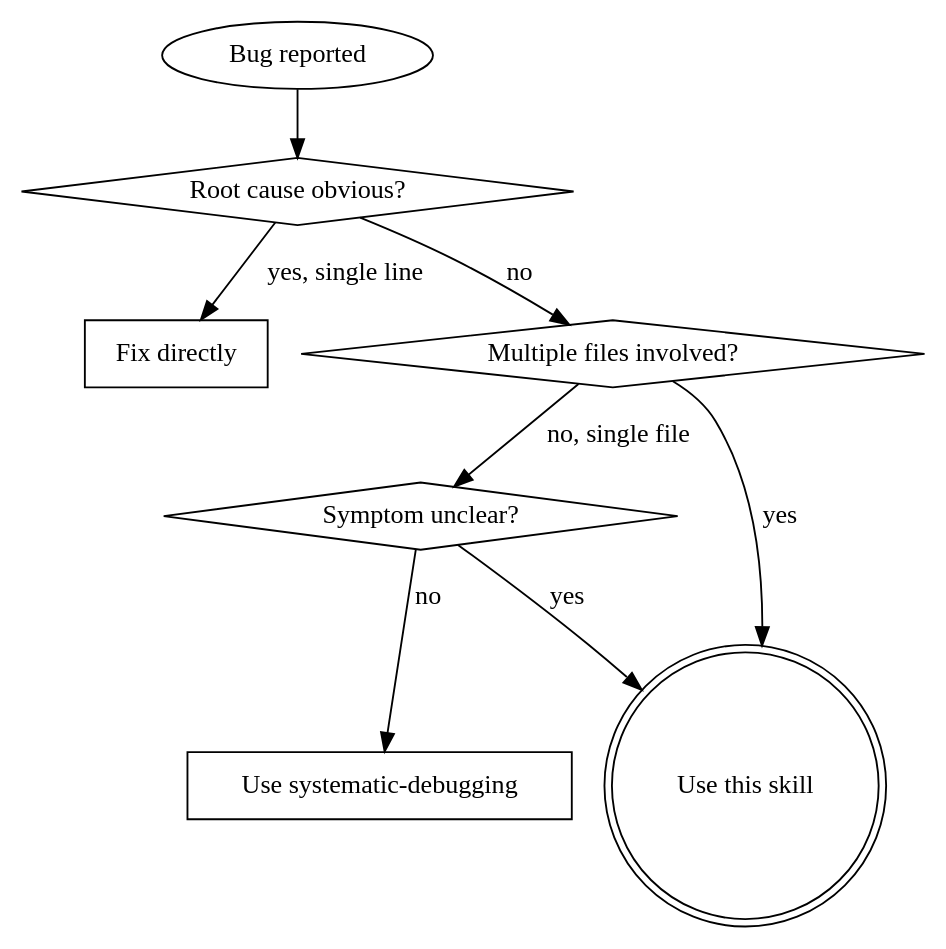
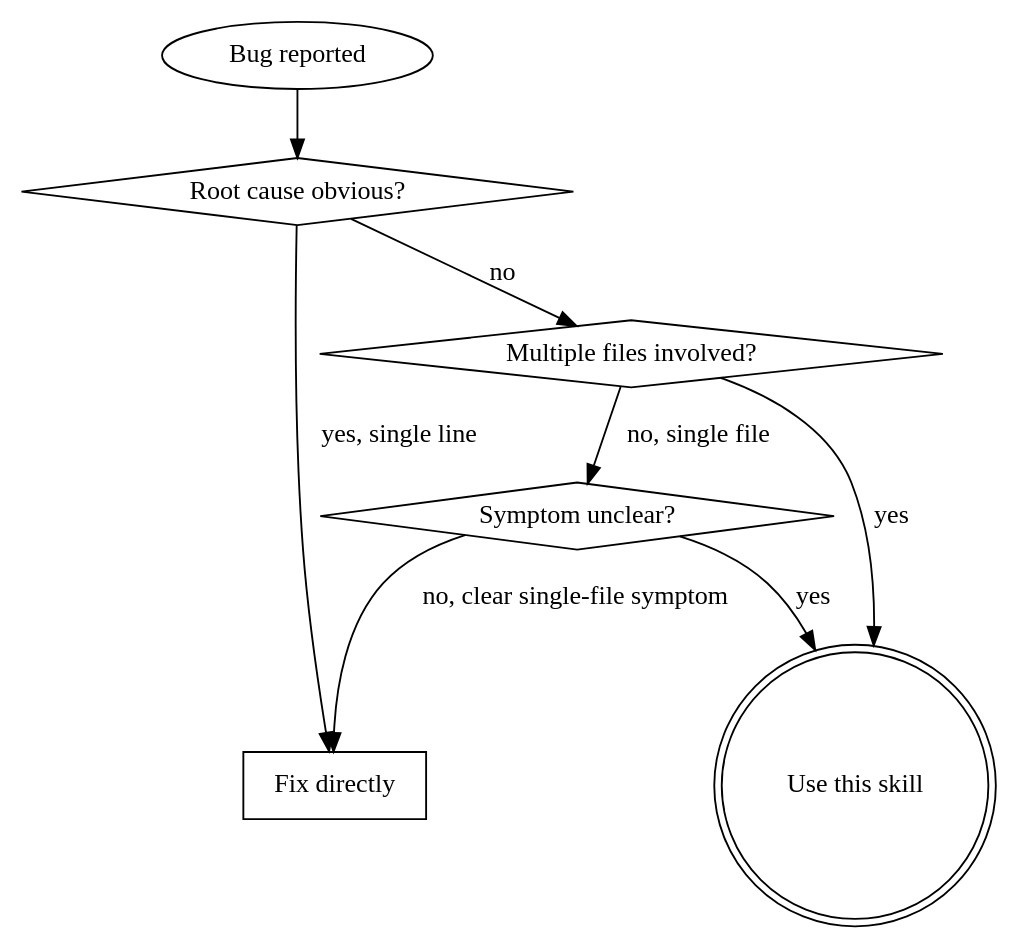
Before and after one commit to scotthamilton77/agents-config: the first of 2 diagrams in src/user/.agents/skills/bugfix/SKILL.md, drawn with Graphviz. The commit also changed other lines of this file and 15 other files, not shown here.

````diff
--- a/src/user/.agents/skills/bugfix/SKILL.md
+++ b/src/user/.agents/skills/bugfix/SKILL.md
@@ -17,19 +17,17 @@
 ```dot
 digraph when_to_use {
     "Bug reported" [shape=ellipse];
     "Root cause obvious?" [shape=diamond];
     "Fix directly" [shape=box];
     "Multiple files involved?" [shape=diamond];
     "Symptom unclear?" [shape=diamond];
     "Use this skill" [shape=doublecircle];
-    "Use systematic-debugging" [shape=box];
-
     "Bug reported" -> "Root cause obvious?";
     "Root cause obvious?" -> "Fix directly" [label="yes, single line"];
     "Root cause obvious?" -> "Multiple files involved?" [label="no"];
     "Multiple files involved?" -> "Use this skill" [label="yes"];
     "Multiple files involved?" -> "Symptom unclear?" [label="no, single file"];
     "Symptom unclear?" -> "Use this skill" [label="yes"];
-    "Symptom unclear?" -> "Use systematic-debugging" [label="no"];
+    "Symptom unclear?" -> "Fix directly" [label="no, clear single-file symptom"];
 }
 ```
````
